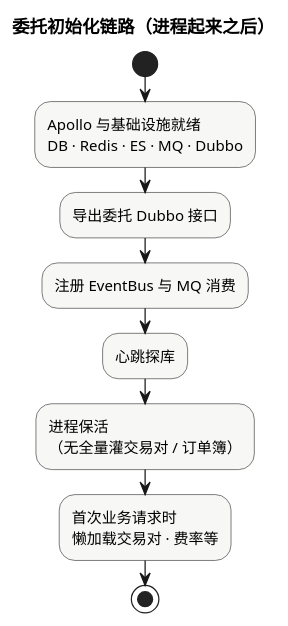
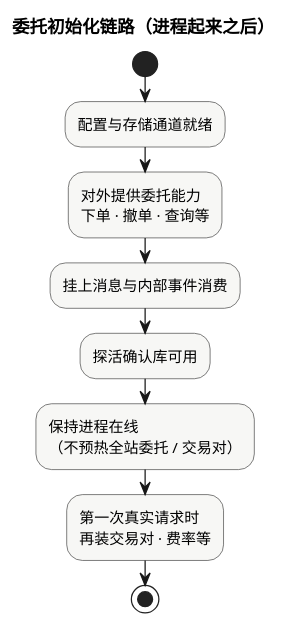
Before and after one commit to bridgehsu/tgex.net: the diagram in docs/07.现货手册/05.核心流程/design/0201-01.plantuml, drawn with PlantUML. The commit also changed 25 other files, not shown here.

First line of the commit message:
Complete spot core flows with cancel and market push docs.

```diff
--- a/docs/07.现货手册/05.核心流程/design/0201-01.plantuml
+++ b/docs/07.现货手册/05.核心流程/design/0201-01.plantuml
@@ -1,17 +1,17 @@
 @startuml 委托初始化链路
 skinparam shadowing false
 skinparam ActivityBorderColor #333
 skinparam ActivityBackgroundColor #F7F7F5
 
 title 委托初始化链路（进程起来之后）
 
 start
-:Apollo 与基础设施就绪\nDB · Redis · ES · MQ · Dubbo;
-:导出委托 Dubbo 接口;
-:注册 EventBus 与 MQ 消费;
-:心跳探库;
-:进程保活\n（无全量灌交易对 / 订单簿）;
-:首次业务请求时\n懒加载交易对 · 费率等;
+:配置与存储通道就绪;
+:对外提供委托能力\n下单 · 撤单 · 查询等;
+:挂上消息与内部事件消费;
+:探活确认库可用;
+:保持进程在线\n（不预热全站委托 / 交易对）;
+:第一次真实请求时\n再装交易对 · 费率等;
 
 stop
 @enduml
```
